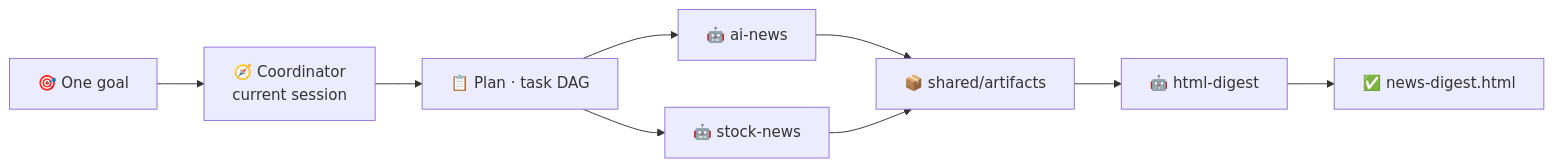
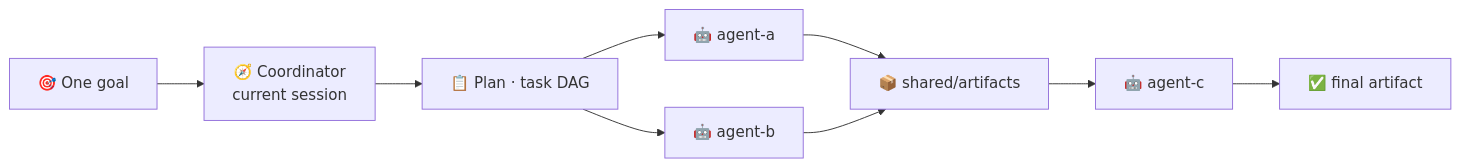
One commit to jingpeng3/MyTeam changed the diagram in README.en.md. Above: the diagram before and after it, drawn with Mermaid. The commit also changed other lines of this file and 4 other files, not shown here.

````diff
--- a/README.en.md
+++ b/README.en.md
@@ -63,11 +67,11 @@
 ```mermaid
 flowchart LR
     goal["🎯 One goal"] --> coord["🧭 Coordinator<br/>current session"]
     coord --> plan["📋 Plan · task DAG"]
-    plan --> w1["🤖 ai-news"]
-    plan --> w2["🤖 stock-news"]
+    plan --> w1["🤖 agent-a"]
+    plan --> w2["🤖 agent-b"]
     w1 --> art["📦 shared/artifacts"]
     w2 --> art
-    art --> w3["🤖 html-digest"]
-    w3 --> out["✅ news-digest.html"]
+    art --> w3["🤖 agent-c"]
+    w3 --> out["✅ final artifact"]
 ```
````
